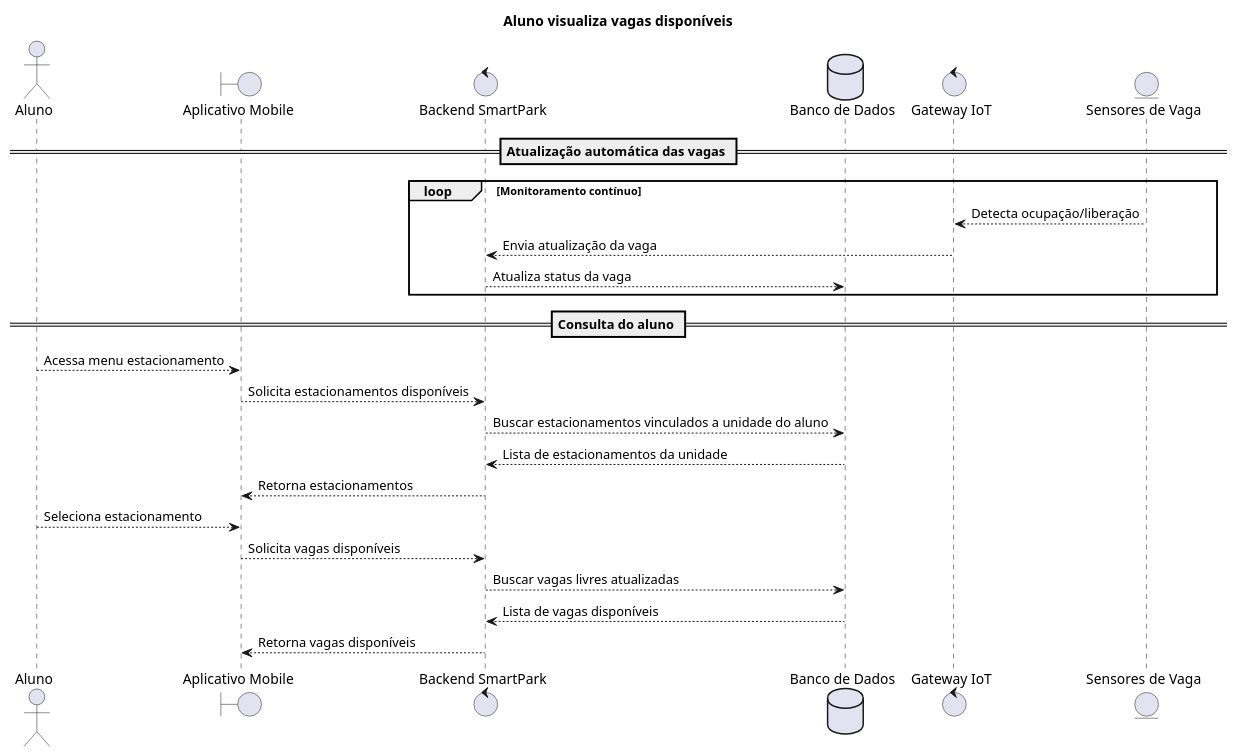
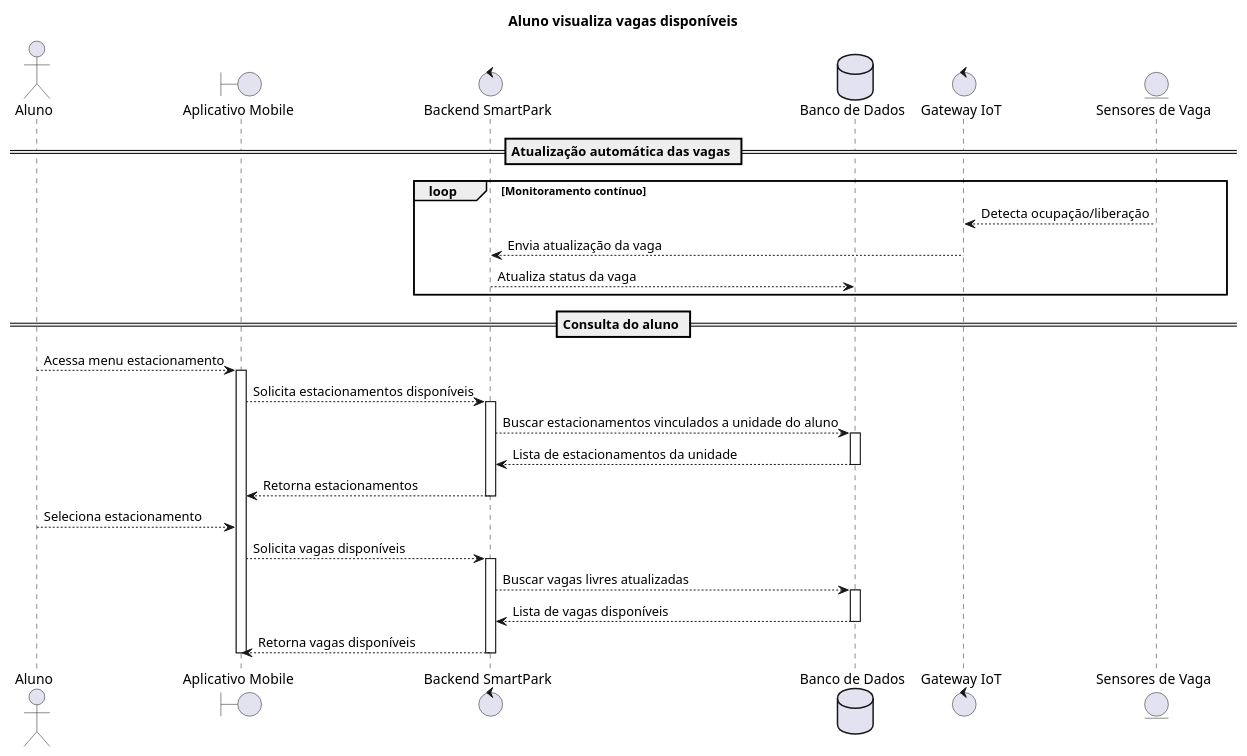
Before and after one commit to jjoaom/PS-PUCMG-SmartPark: the diagram in code/sequencia/AlunoVisualizaVaga.puml, drawn with PlantUML. The commit also changed 5 other files, not shown here.

Commit message:
Fix: Sequence Diagrams

```diff
--- a/code/sequencia/AlunoVisualizaVaga.puml
+++ b/code/sequencia/AlunoVisualizaVaga.puml
@@ -1,46 +1,51 @@
 @startuml
 title "Aluno visualiza vagas disponíveis"
 
 actor Aluno
 
 boundary "Aplicativo Mobile" as Frontend
 
 control "Backend SmartPark" as Backend
 
 database "Banco de Dados" as DB
 
 control "Gateway IoT" as Gateway
 
 entity "Sensores de Vaga" as Sensor
 
 == Atualização automática das vagas ==
 
 loop Monitoramento contínuo
     Sensor --> Gateway: Detecta ocupação/liberação
     Gateway --> Backend: Envia atualização da vaga
     Backend --> DB: Atualiza status da vaga
 end
 
 == Consulta do aluno ==
 
 Aluno --> Frontend: Acessa menu estacionamento
+activate Frontend
 
 Frontend --> Backend: Solicita estacionamentos disponíveis
-
+activate Backend
 Backend --> DB: Buscar estacionamentos vinculados a unidade do aluno
-
+activate DB
 DB --> Backend: Lista de estacionamentos da unidade
-
+deactivate DB
 Backend --> Frontend: Retorna estacionamentos
+deactivate Backend
 
 Aluno --> Frontend: Seleciona estacionamento
 
 Frontend --> Backend: Solicita vagas disponíveis
+activate Backend
+Backend --> DB: Buscar vagas livres atualizadas
+activate DB
+DB --> Backend: Lista de vagas disponíveis
+deactivate DB
+Backend --> Frontend: Retorna vagas disponíveis
+deactivate Backend
 
-Backend --> DB: Buscar vagas livres atualizadas
-
-DB --> Backend: Lista de vagas disponíveis
-
-Backend --> Frontend: Retorna vagas disponíveis
+deactivate Frontend
 
 @enduml
```
